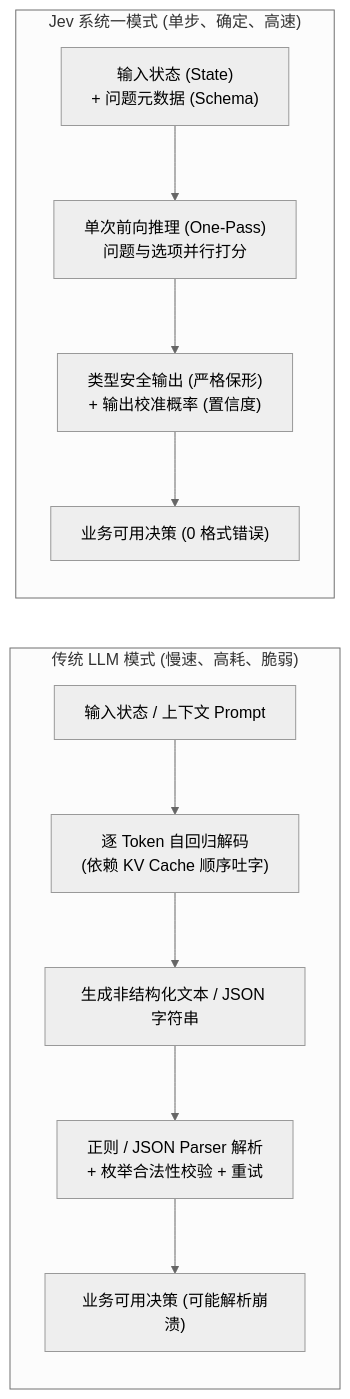
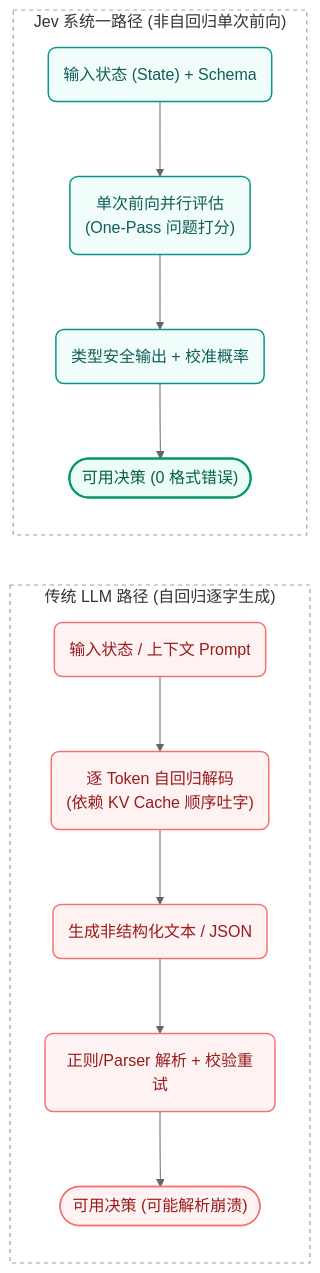
One commit to hobbytp/hobbytp.github.io changed the first of 3 diagrams in content/zh/large_models/jev_typesafe_system_one.md. Above: the diagram before and after it, drawn with Mermaid (neutral theme). The commit also changed other lines of this file and 2 other files, not shown here.

Commit message:
feat: add Mermaid diagram support, custom layouts, and new content pages

````diff
--- a/content/zh/large_models/jev_typesafe_system_one.md
+++ b/content/zh/large_models/jev_typesafe_system_one.md
@@ -113,15 +113,23 @@
 ```mermaid
 flowchart LR
-    subgraph 传统LLM路径["传统 LLM 模式 (慢速、高耗、脆弱)"]
-        A1["输入状态 / 上下文 Prompt"] --> B1["逐 Token 自回归解码<br/>(依赖 KV Cache 顺序吐字)"]
-        B1 --> C1["生成非结构化文本 / JSON 字符串"]
-        C1 --> D1["正则 / JSON Parser 解析<br/>+ 枚举合法性校验 + 重试"]
-        D1 --> E1["业务可用决策 (可能解析崩溃)"]
+    %% 节点样式定义：圆角、高雅色彩映射
+    classDef legacyNode fill:#FEF2F2,stroke:#F87171,stroke-width:1.5px,rx:8,ry:8,color:#991B1B;
+    classDef jevNode fill:#F0FDFA,stroke:#0D9488,stroke-width:1.5px,rx:8,ry:8,color:#115E59;
+    classDef successNode fill:#ECFDF5,stroke:#059669,stroke-width:2px,rx:16,ry:16,color:#065F46;
+    classDef subContainer fill:transparent,stroke:#94A3B8,stroke-width:1.2px,stroke-dasharray: 4 4;
+
+    subgraph 传统LLM路径["传统 LLM 路径 (自回归逐字生成)"]
+        A1("输入状态 / 上下文 Prompt"):::legacyNode --> B1("逐 Token 自回归解码<br/>(依赖 KV Cache 顺序吐字)"):::legacyNode
+        B1 --> C1("生成非结构化文本 / JSON"):::legacyNode
+        C1 --> D1("正则/Parser 解析 + 校验重试"):::legacyNode
+        D1 --> E1(["可用决策 (可能解析崩溃)"]):::legacyNode
     end
+    class 传统LLM路径 subContainer;
 
-    subgraph Jev路径["Jev 系统一模式 (单步、确定、高速)"]
-        A2["输入状态 (State)<br/>+ 问题元数据 (Schema)"] --> B2["单次前向推理 (One-Pass)<br/>问题与选项并行打分"]
-        B2 --> C2["类型安全输出 (严格保形)<br/>+ 输出校准概率 (置信度)"]
-        C2 --> E2["业务可用决策 (0 格式错误)"]
+    subgraph Jev路径["Jev 系统一路径 (非自回归单次前向)"]
+        A2("输入状态 (State) + Schema"):::jevNode --> B2("单次前向并行评估<br/>(One-Pass 问题打分)"):::jevNode
+        B2 --> C2("类型安全输出 + 校准概率"):::jevNode
+        C2 --> E2(["可用决策 (0 格式错误)"]):::successNode
     end
+    class Jev路径 subContainer;
 ```
````
